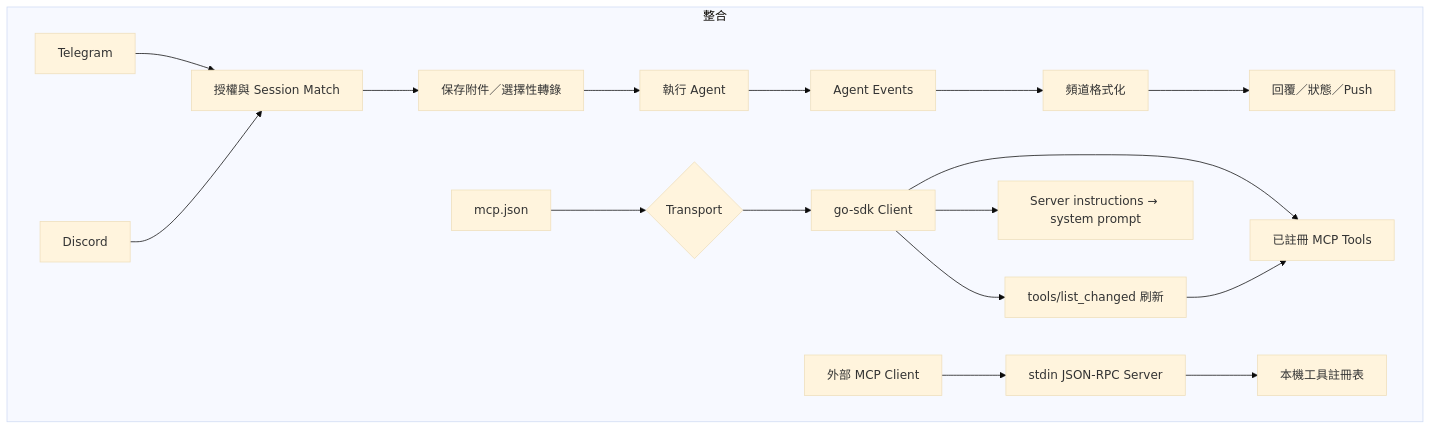
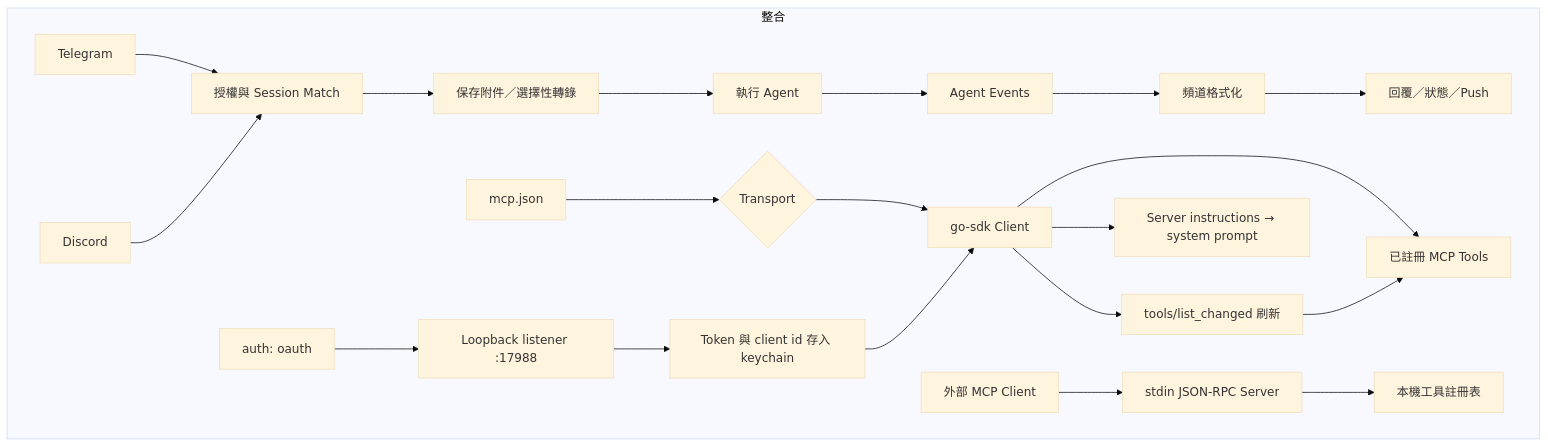
The ninth of 12 diagrams in doc/architecture.zh.md (agenvoy/Agenvoy), drawn with Mermaid (base theme) before and after one commit. The commit also changed other lines of this file and 3 other files, not shown here.

Commit message:
doc: Update architecture and API documentation

````diff
--- a/doc/architecture.zh.md
+++ b/doc/architecture.zh.md
@@ -185,21 +182,24 @@
 ```mermaid
 graph TB
     subgraph Integrations[整合]
         Telegram[Telegram] --> Auth[授權與 Session Match]
         Discord[Discord] --> Auth
         Auth --> Attachments[保存附件／選擇性轉錄]
         Attachments --> ChatRun[執行 Agent]
         ChatRun --> Events[Agent Events]
         Events --> Format[頻道格式化]
         Format --> Reply[回覆／狀態／Push]
 
         MCPConfig[mcp.json] --> Transport{Transport}
         Transport --> SDKClient[go-sdk Client]
         SDKClient --> MCPTools[已註冊 MCP Tools]
         SDKClient --> Refresh[tools/list_changed 刷新]
         Refresh --> MCPTools
         SDKClient --> Instructions[Server instructions → system prompt]
+        OAuth[auth: oauth] --> Callback[Loopback listener :17988]
+        Callback --> Token[Token 與 client id 存入 keychain]
+        Token --> SDKClient
         ExternalClient[外部 MCP Client] --> LocalMCP[stdin JSON-RPC Server]
         LocalMCP --> Tools[本機工具註冊表]
     end
 ```
````
